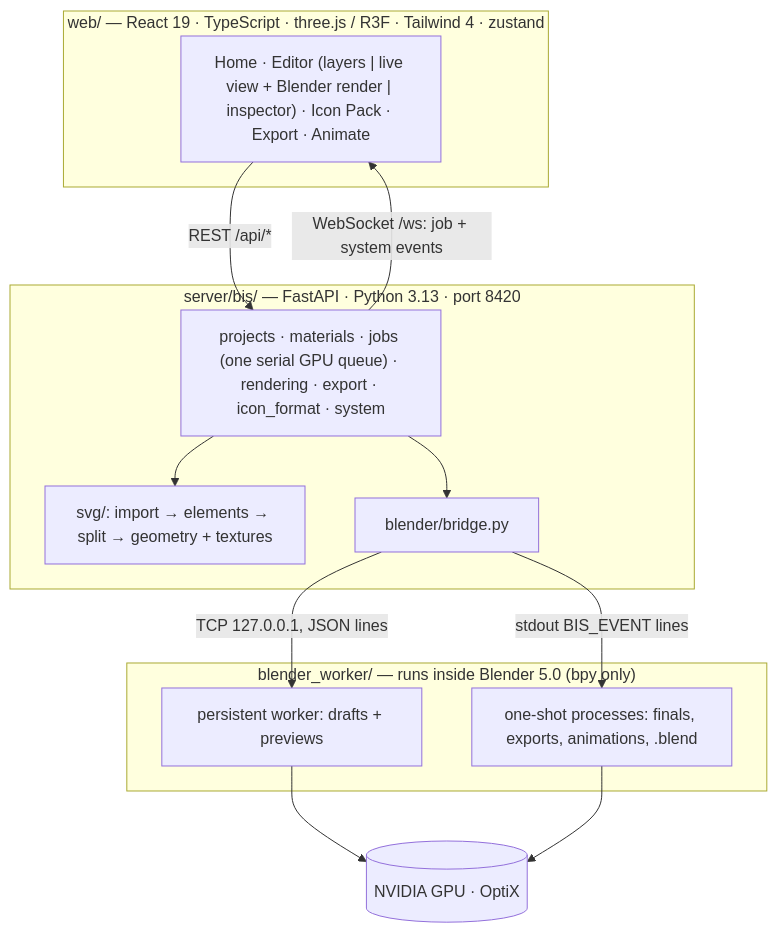
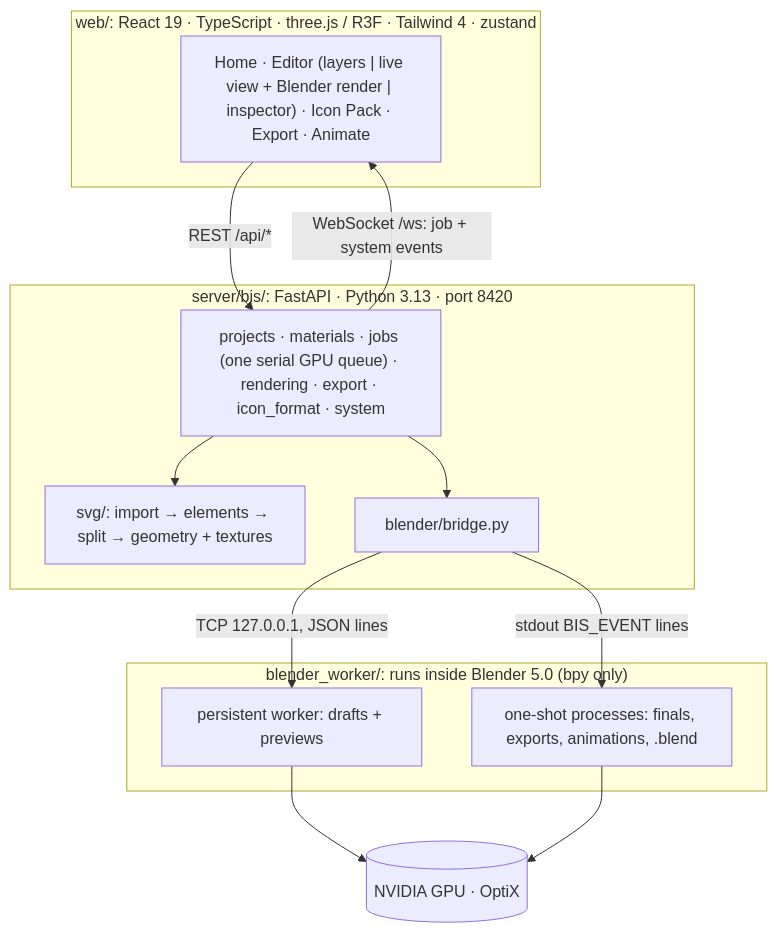
The diagram in README.md (sainventions/Blender-Icon-Studio), drawn with Mermaid before and after one commit. The commit also changed other lines of this file and 140 other files, not shown here.

````diff
--- a/README.md
+++ b/README.md
@@ -379,22 +383,22 @@
 ```mermaid
 flowchart TB
-  subgraph web["web/ — React 19 · TypeScript · three.js / R3F · Tailwind 4 · zustand"]
+  subgraph web["web/: React 19 · TypeScript · three.js / R3F · Tailwind 4 · zustand"]
     UI["Home · Editor (layers | live view + Blender render | inspector) · Icon Pack · Export · Animate"]
   end
-  subgraph server["server/bis/ — FastAPI · Python 3.13 · port 8420"]
+  subgraph server["server/bis/: FastAPI · Python 3.13 · port 8420"]
     SVG["svg/: import → elements → split → geometry + textures"]
     CORE["projects · materials · jobs (one serial GPU queue) · rendering · export · icon_format · system"]
     BRIDGE["blender/bridge.py"]
   end
-  subgraph blender["blender_worker/ — runs inside Blender 5.0 (bpy only)"]
+  subgraph blender["blender_worker/: runs inside Blender 5.0 (bpy only)"]
     W["persistent worker: drafts + previews"]
     O["one-shot processes: finals, exports, animations, .blend"]
   end
   UI -- "REST /api/*" --> CORE
   CORE -- "WebSocket /ws: job + system events" --> UI
   CORE --> SVG
   CORE --> BRIDGE
   BRIDGE -- "TCP 127.0.0.1, JSON lines" --> W
   BRIDGE -- "stdout BIS_EVENT lines" --> O
   W & O --> GPU[("NVIDIA GPU · OptiX")]
 ```
````
